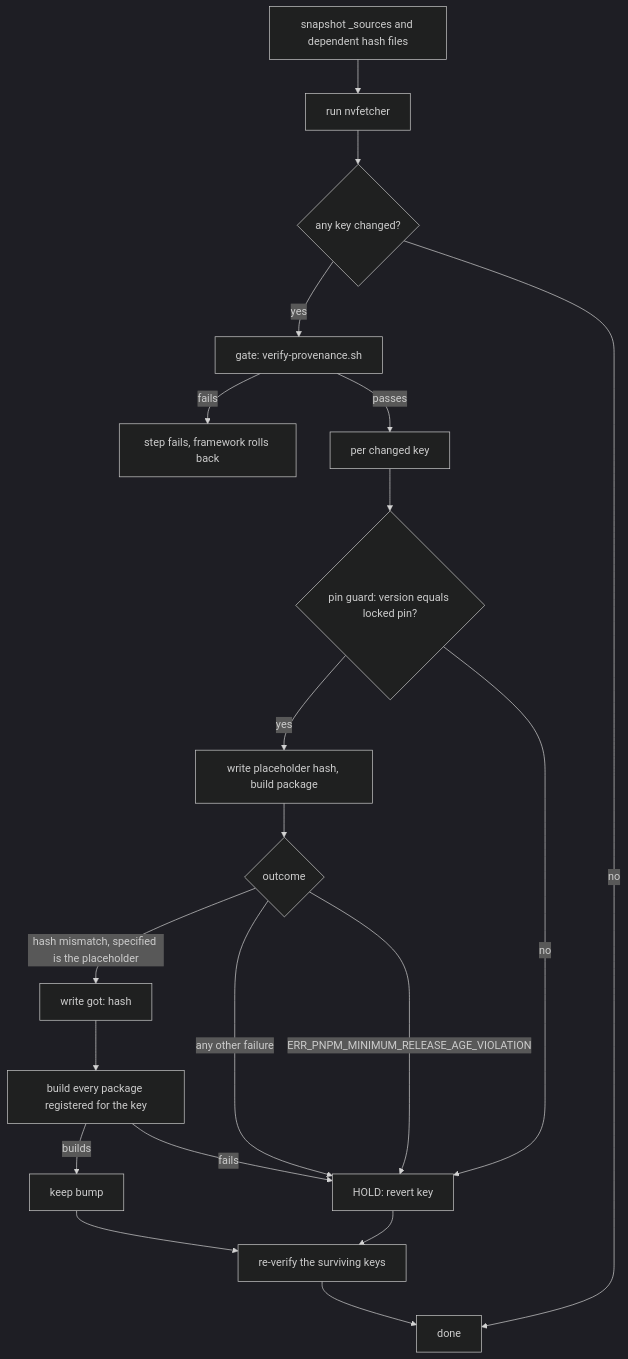
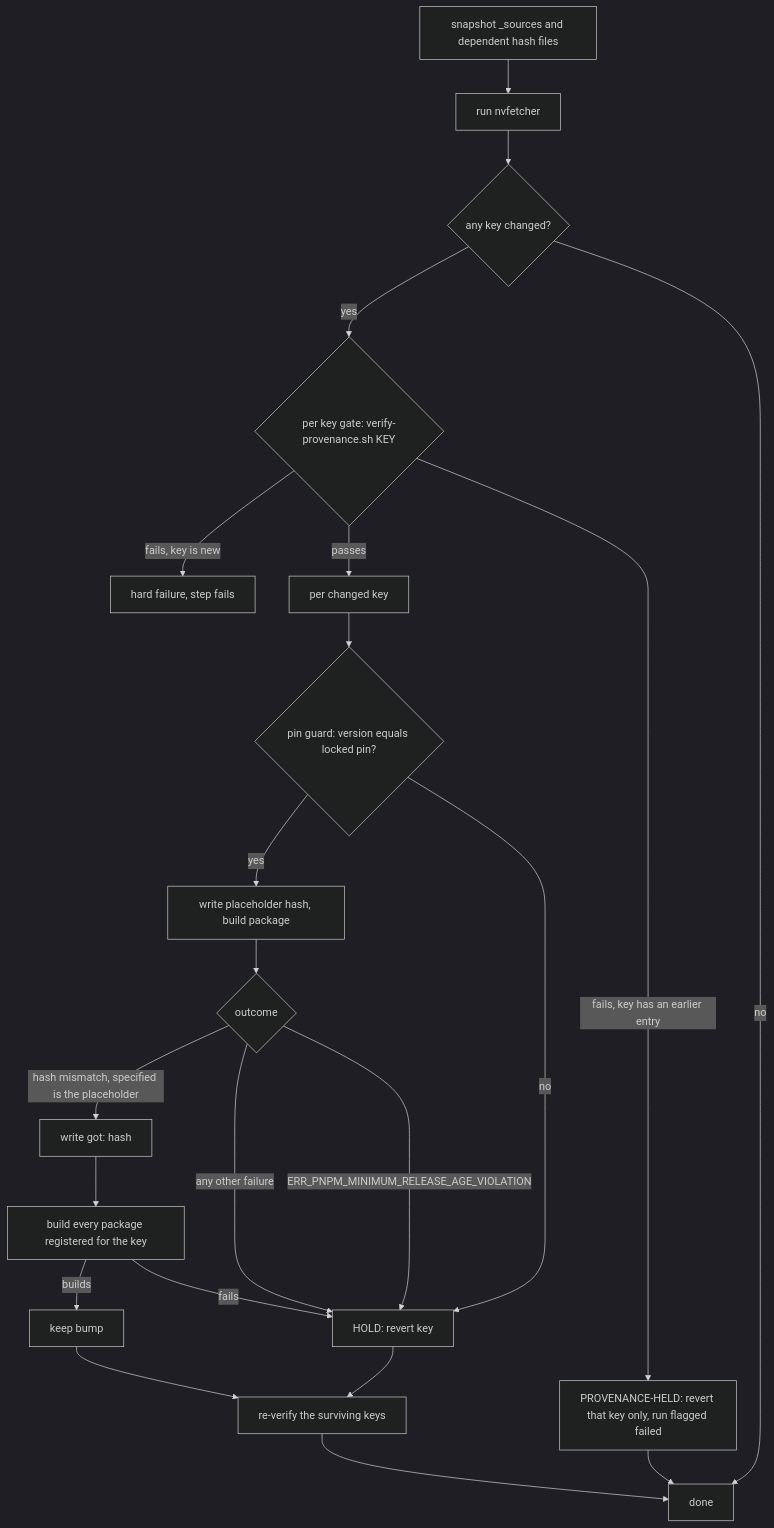
Before and after one commit to phillipgreenii/nix-overlay: the diagram in docs/update-locks-dependent-hashes.md, drawn with Mermaid (dark theme). The commit also changed other lines of this file and 7 other files, not shown here.

First line of the commit message:
update-locks: hold only the provenance-failing key; PROVENANCE-HELD line and non-zero exit

````diff
--- a/docs/update-locks-dependent-hashes.md
+++ b/docs/update-locks-dependent-hashes.md
@@ -26,22 +37,24 @@
 ```mermaid
 flowchart TD
   A["snapshot _sources and dependent hash files"] --> B["run nvfetcher"]
   B --> C{"any key changed?"}
   C -- no --> Z["done"]
-  C -- yes --> D["gate: verify-provenance.sh"]
-  D -- fails --> F["step fails, framework rolls back"]
+  C -- yes --> D{"per key gate: verify-provenance.sh KEY"}
+  D -- "fails, key has an earlier entry" --> F["PROVENANCE-HELD: revert that key only, run flagged failed"]
+  D -- "fails, key is new" --> X["hard failure, step fails"]
   D -- passes --> E["per changed key"]
+  F --> Z
   E --> P{"pin guard: version equals locked pin?"}
   P -- no --> J
   P -- yes --> G["write placeholder hash, build package"]
   G --> H{"outcome"}
   H -- "hash mismatch, specified is the placeholder" --> I["write got: hash"]
   H -- "ERR_PNPM_MINIMUM_RELEASE_AGE_VIOLATION" --> J["HOLD: revert key"]
   H -- "any other failure" --> J
   I --> K["build every package registered for the key"]
   K -- builds --> L["keep bump"]
   K -- fails --> J
   J --> M["re-verify the surviving keys"]
   L --> M
   M --> Z
 ```
````
